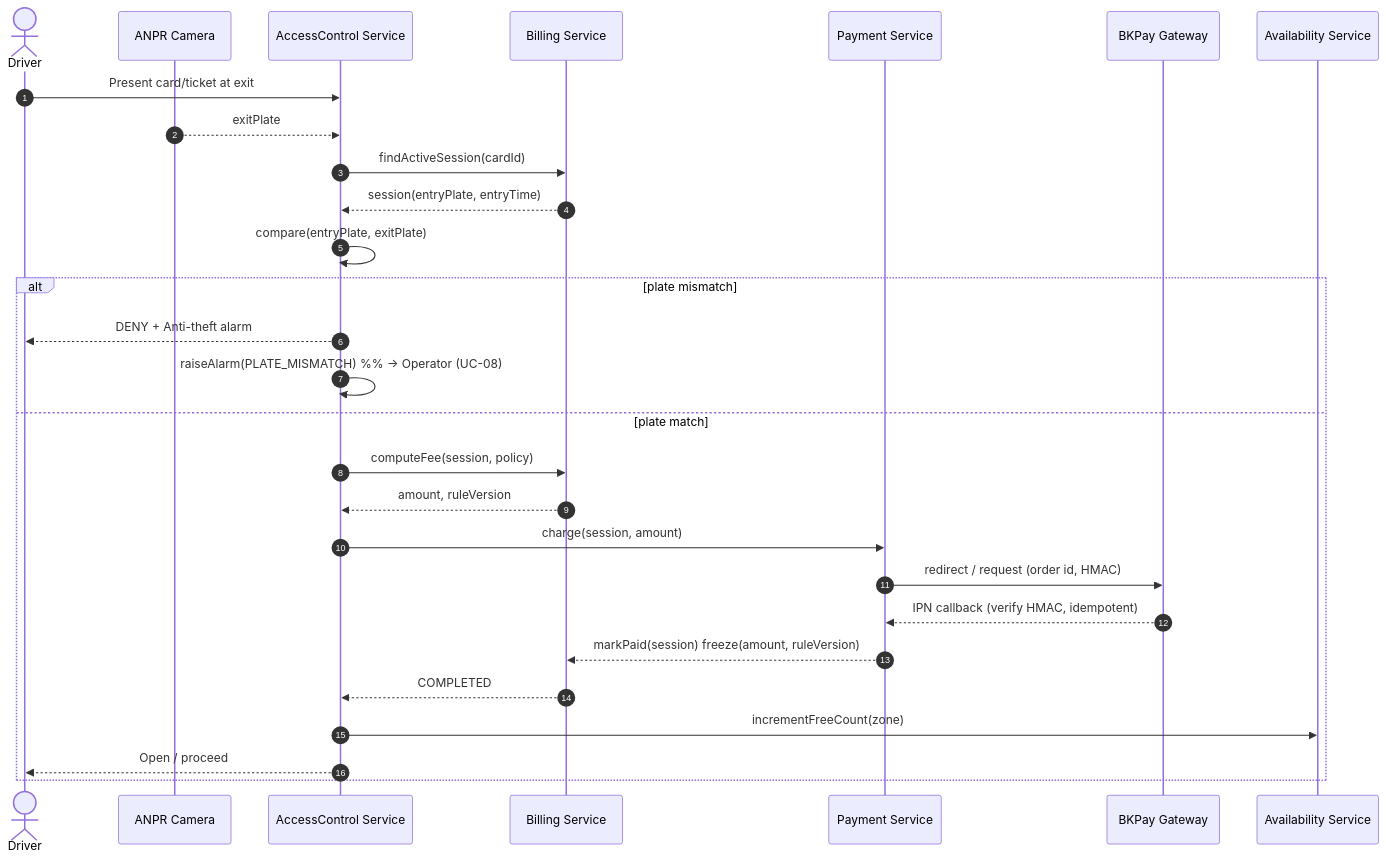
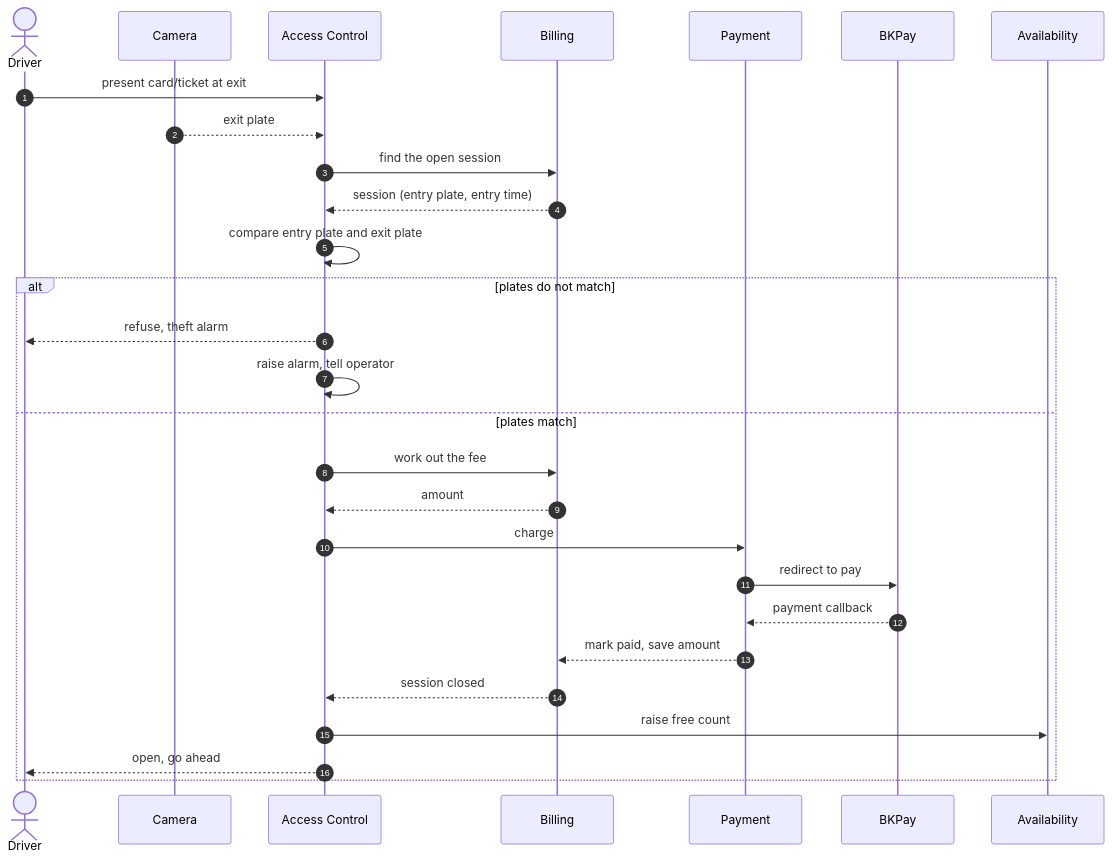
Before and after one commit to XeminoL/SmartParking_-IoT-SPMS-: the second of 10 diagrams in docs/02-uml-and-ui.md, drawn with Mermaid. The commit also changed other lines of this file and 14 other files, not shown here.

````diff
--- a/docs/02-uml-and-ui.md
+++ b/docs/02-uml-and-ui.md
@@ -167,31 +136,31 @@
 ```mermaid
 sequenceDiagram
     autonumber
     actor Driver
-    participant ANPR as ANPR Camera
-    participant Gate as AccessControl Service
-    participant Bill as Billing Service
-    participant Pay as Payment Service
-    participant BKPay as BKPay Gateway
-    participant Avail as Availability Service
+    participant ANPR as Camera
+    participant Gate as Access Control
+    participant Bill as Billing
+    participant Pay as Payment
+    participant BKPay as BKPay
+    participant Avail as Availability
 
-    Driver->>Gate: Present card/ticket at exit
-    ANPR-->>Gate: exitPlate
-    Gate->>Bill: findActiveSession(cardId)
-    Bill-->>Gate: session(entryPlate, entryTime)
-    Gate->>Gate: compare(entryPlate, exitPlate)
-    alt plate mismatch
-        Gate-->>Driver: DENY + Anti-theft alarm
-        Gate->>Gate: raiseAlarm(PLATE_MISMATCH)  %% -> Operator (UC-08)
-    else plate match
-        Gate->>Bill: computeFee(session, policy)
-        Bill-->>Gate: amount, ruleVersion
-        Gate->>Pay: charge(session, amount)
-        Pay->>BKPay: redirect / request (order id, HMAC)
-        BKPay-->>Pay: IPN callback (verify HMAC, idempotent)
-        Pay-->>Bill: markPaid(session) freeze(amount, ruleVersion)
-        Bill-->>Gate: COMPLETED
-        Gate->>Avail: incrementFreeCount(zone)
-        Gate-->>Driver: Open / proceed
+    Driver->>Gate: present card/ticket at exit
+    ANPR-->>Gate: exit plate
+    Gate->>Bill: find the open session
+    Bill-->>Gate: session (entry plate, entry time)
+    Gate->>Gate: compare entry plate and exit plate
+    alt plates do not match
+        Gate-->>Driver: refuse, theft alarm
+        Gate->>Gate: raise alarm, tell operator
+    else plates match
+        Gate->>Bill: work out the fee
+        Bill-->>Gate: amount
+        Gate->>Pay: charge
+        Pay->>BKPay: redirect to pay
+        BKPay-->>Pay: payment callback
+        Pay-->>Bill: mark paid, save amount
+        Bill-->>Gate: session closed
+        Gate->>Avail: raise free count
+        Gate-->>Driver: open, go ahead
     end
 ```
````
